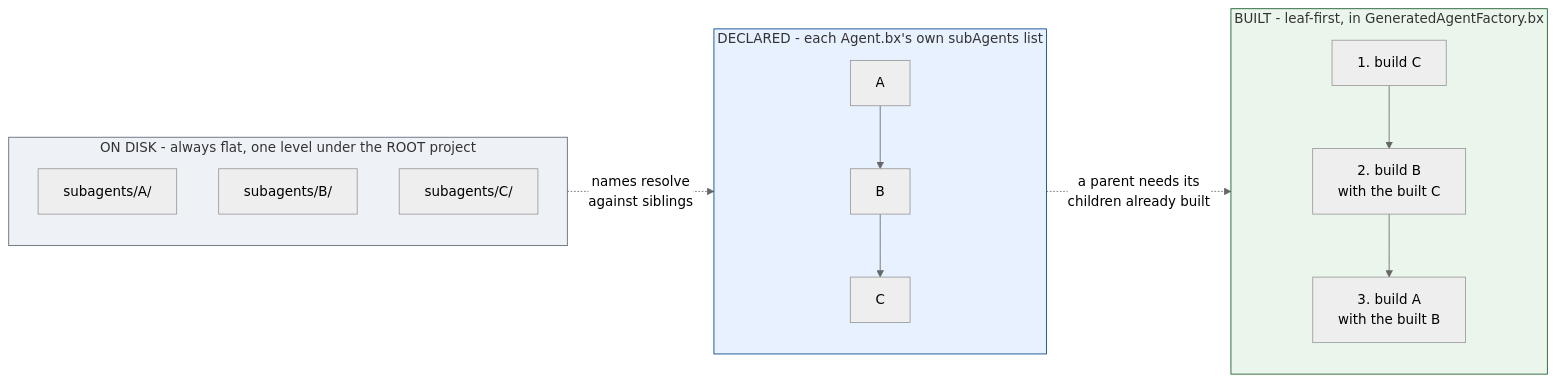
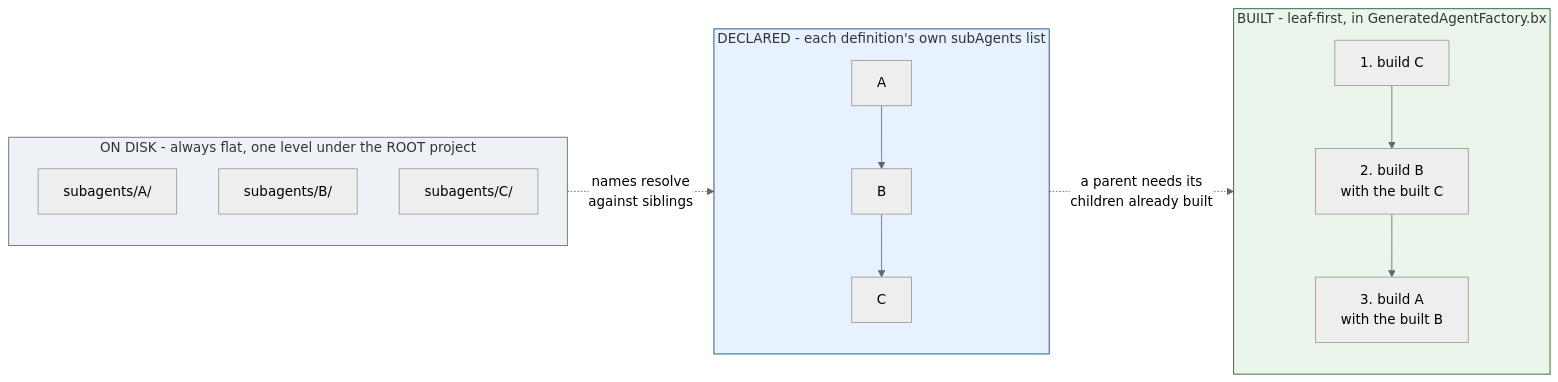
Before and after one commit to ortus-boxlang/bx-agents: the diagram in docs/versions/1.0.x/conventions/subagents.md, drawn with Mermaid (neutral theme). The commit also changed other lines of this file and 110 other files, not shown here.

````diff
--- a/docs/versions/1.0.x/conventions/subagents.md
+++ b/docs/versions/1.0.x/conventions/subagents.md
@@ -54,26 +43,26 @@
 ```mermaid
 flowchart LR
     subgraph disk["ON DISK - always flat, one level under the ROOT project"]
         direction TB
         R1["subagents/A/"]
         R2["subagents/B/"]
         R3["subagents/C/"]
     end
 
-    subgraph declared["DECLARED - each Agent.bx's own subAgents list"]
+    subgraph declared["DECLARED - each definition's own subAgents list"]
         direction TB
         GA["A"] --> GB["B"] --> GC["C"]
     end
 
     subgraph built["BUILT - leaf-first, in GeneratedAgentFactory.bx"]
         direction TB
         O1["1. build C"] --> O2["2. build B<br/>with the built C"] --> O3["3. build A<br/>with the built B"]
     end
 
     disk -.->|"names resolve<br/>against siblings"| declared
     declared -.->|"a parent needs its<br/>children already built"| built
 
     style disk fill:#eef2f7,stroke:#5a6570
     style declared fill:#e7f1ff,stroke:#004085
     style built fill:#eaf6ec,stroke:#155724
 ```
````
